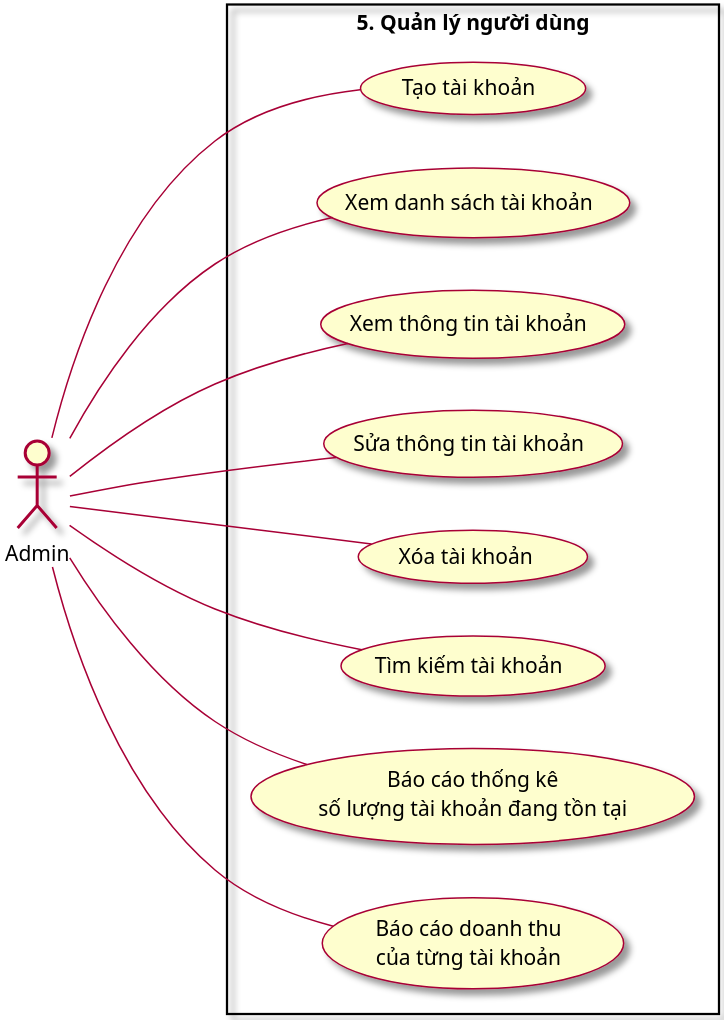
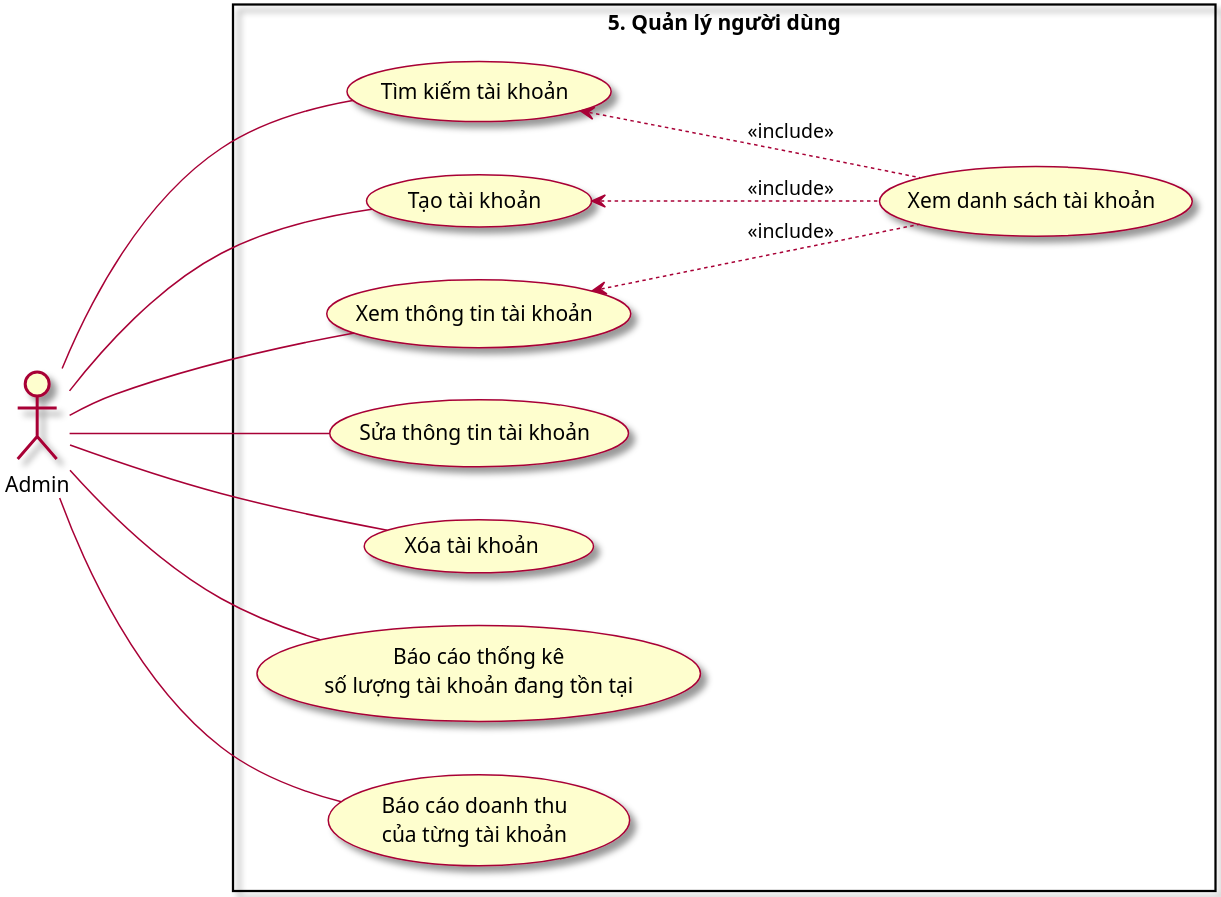
The diagram in Usecase/5. ManageUser.puml (Marowota/ecommerce-plantuml), drawn with PlantUML before and after one commit. The commit also changed 7 other files, not shown here.

```diff
--- a/Usecase/5. ManageUser.puml
+++ b/Usecase/5. ManageUser.puml
@@ -1,29 +1,32 @@
 @startuml ManageUser
 
 left to right direction
 scale 3
 skin rose
 
 actor Admin as admin
 
 rectangle "5. Quản lý người dùng" {
-    usecase (Tạo tài khoản) as ttknd
+    usecase (Tìm kiếm tài khoản) as tktk
+    usecase (Tạo tài khoản) as ttk
     usecase (Xem danh sách tài khoản) as xdstk
     usecase (Xem thông tin tài khoản) as xtttk
     usecase (Sửa thông tin tài khoản) as scttk
     usecase (Xóa tài khoản ) as xtk
-    usecase (Tìm kiếm tài khoản) as tktk
     usecase (Báo cáo thống kê\nsố lượng tài khoản đang tồn tại) as bctksltkdtt
     usecase (Báo cáo doanh thu\ncủa từng tài khoản) as bcdtcttk
 }
 
-admin --- ttknd
-admin --- xdstk
+admin --- ttk
 admin --- xtttk
 admin --- scttk
 admin --- xtk
 admin --- tktk
 admin --- bctksltkdtt
 admin --- bcdtcttk
 
+ttk <.. xdstk : <<include>>
+xtttk <.. xdstk : <<include>>
+tktk <.. xdstk : <<include>>
+
 @enduml
```
